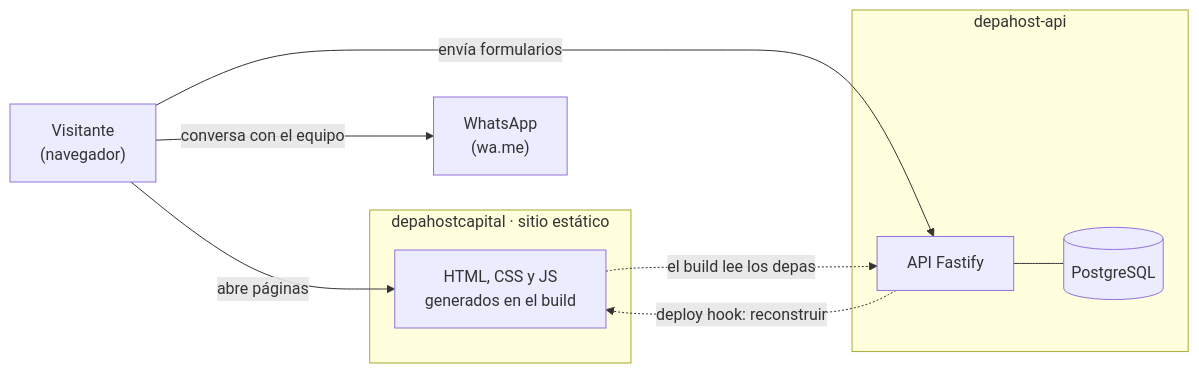
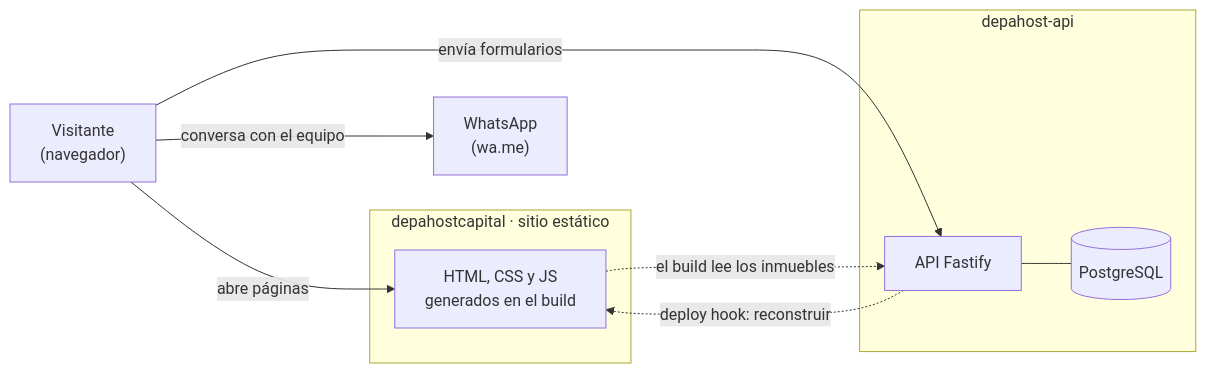
One commit to samirharrytl/DHC_landing changed the diagram in docs/plataforma/README.md. Above: the diagram before and after it, drawn with Mermaid. The commit also changed other lines of this file and 72 other files, not shown here.

First line of the commit message:
Fuente Poppins como depahostperu.com, "Mis depas" pasa a "Mis inmuebles" y cambios en API y panel

````diff
--- a/docs/plataforma/README.md
+++ b/docs/plataforma/README.md
@@ -46,19 +46,19 @@
 ```mermaid
 flowchart LR
     V["Visitante<br/>(navegador)"]
     subgraph Sitio["depahostcapital · sitio estático"]
         H["HTML, CSS y JS<br/>generados en el build"]
     end
     subgraph Backend["depahost-api"]
         A["API Fastify"]
         DB[("PostgreSQL")]
     end
     W["WhatsApp<br/>(wa.me)"]
 
     V -- "abre páginas" --> H
     V -- "envía formularios" --> A
     A --- DB
-    H -. "el build lee los depas" .-> A
+    H -. "el build lee los inmuebles" .-> A
     A -. "deploy hook: reconstruir" .-> H
     V -- "conversa con el equipo" --> W
 ```
````
